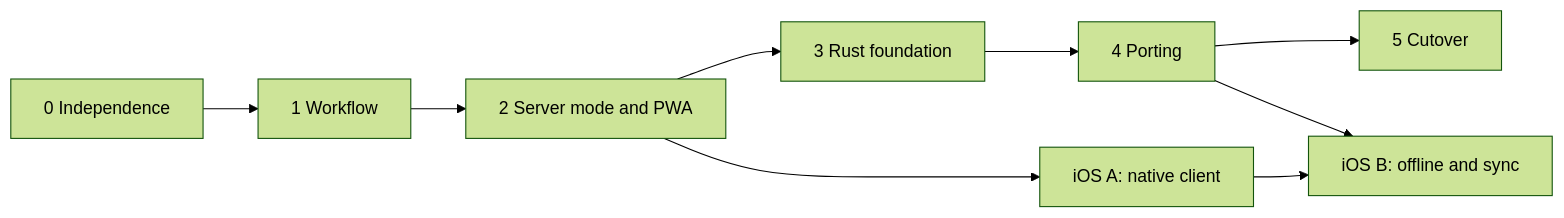
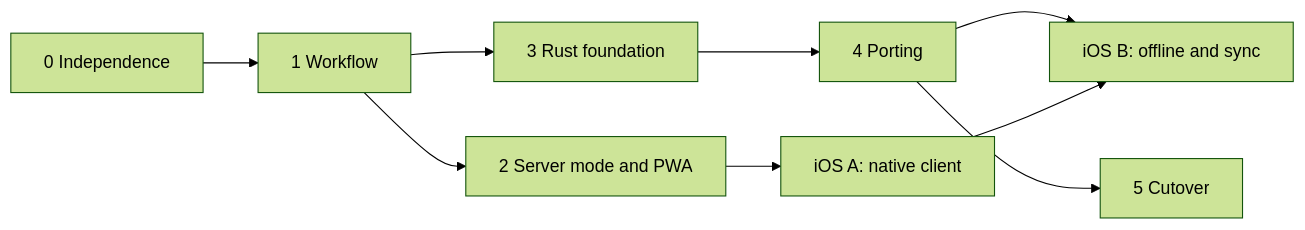
Before and after one commit to ferrofolio/ferrofolio: the second of 2 diagrams in docs/roadmap.md, drawn with Mermaid (forest theme). The commit also changed other lines of this file and 6 other files, not shown here.

Commit message:
docs: bring the roadmap up to date and track it in issues

````diff
--- a/docs/roadmap.md
+++ b/docs/roadmap.md
@@ -378,7 +407,9 @@
 ```mermaid
 flowchart LR
-  P0[0 Independence] --> P1[1 Workflow] --> P2[2 Server mode and PWA] --> P3[3 Rust foundation] --> P4[4 Porting] --> P5[5 Cutover]
+  P0[0 Independence] --> P1[1 Workflow]
+  P1 --> P2[2 Server mode and PWA]
+  P1 --> P3[3 Rust foundation] --> P4[4 Porting] --> P5[5 Cutover]
   P2 --> IA[iOS A: native client]
   P4 --> IB[iOS B: offline and sync]
   IA --> IB
 ```
````
